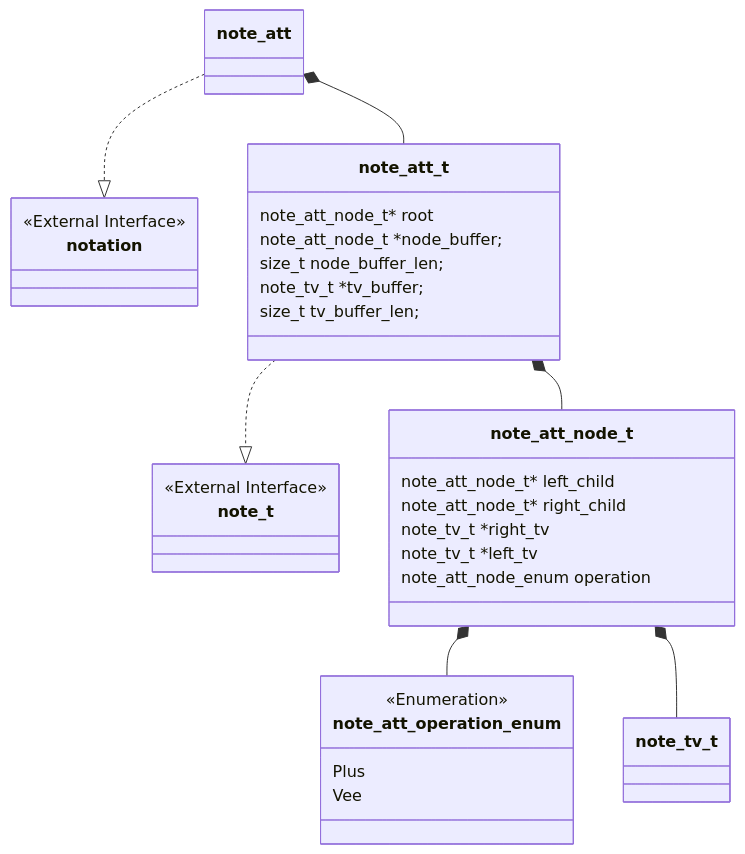
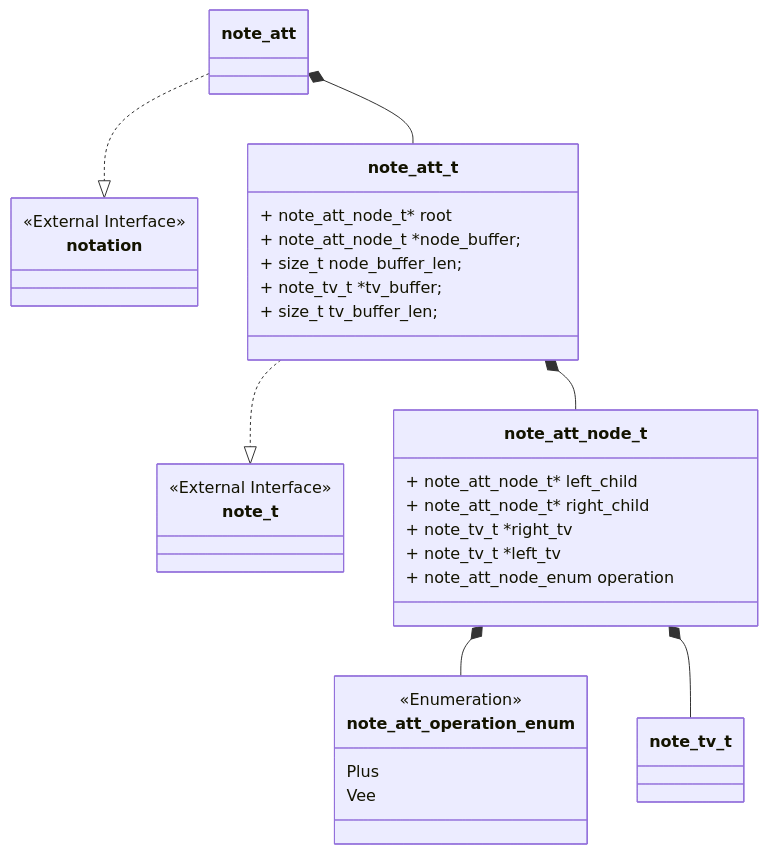
The first of 5 diagrams in sections/software/documentation/notations/algebraic_tangle_tree.md (Joecstarr/thesis), drawn with Mermaid before and after one commit. The commit also changed 5 other files, not shown here.

````diff
--- a/sections/software/documentation/notations/algebraic_tangle_tree.md
+++ b/sections/software/documentation/notations/algebraic_tangle_tree.md
@@ -7,45 +7,45 @@
 ```mermaid
 classDiagram
     note_att ..|> notation
     note_att_t ..|> note_t
     note_att *-- note_att_t
     note_att_t *-- note_att_node_t
     note_att_node_t *-- note_att_operation_enum
     note_att_node_t *-- note_tv_t
 
     class note_att_t {
 
-        note_att_node_t* root
-        note_att_node_t *node_buffer;
-        size_t node_buffer_len;
-        note_tv_t *tv_buffer;
-        size_t tv_buffer_len;
+       + note_att_node_t* root
+       + note_att_node_t *node_buffer;
+       + size_t node_buffer_len;
+       + note_tv_t *tv_buffer;
+       + size_t tv_buffer_len;
     }
 
     class note_att_operation_enum {
         <<Enumeration>>
         Plus
         Vee
     }
 
     class note_att_node_t {
 
-        note_att_node_t* left_child
-        note_att_node_t* right_child
-        note_tv_t *right_tv
-        note_tv_t *left_tv
-        note_att_node_enum operation
+       + note_att_node_t* left_child
+       + note_att_node_t* right_child
+       + note_tv_t *right_tv
+       + note_tv_t *left_tv
+       + note_att_node_enum operation
     }
 
     class notation {
         <<External Interface>>
     }
 
     class note_tv_t {
 
     }
     class note_t {
         <<External Interface>>
     }
 
 ```
````
